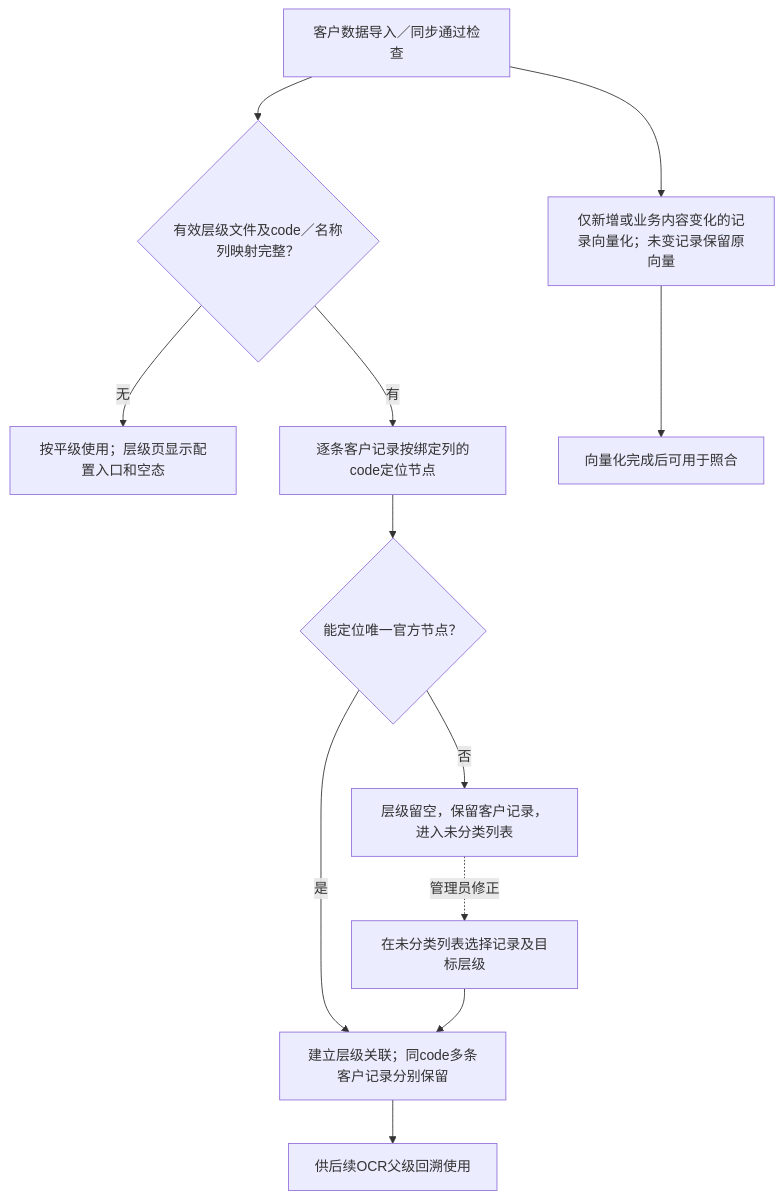
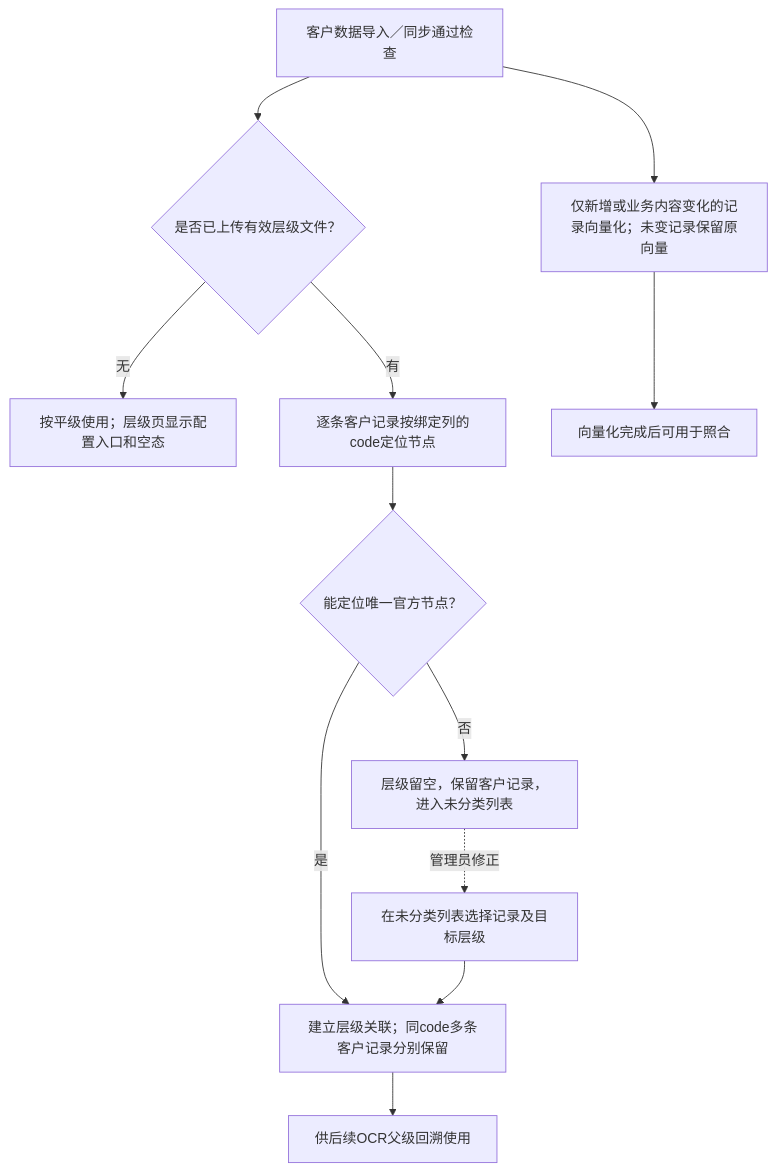
One commit to aruirage/IDP-Ph3-Demo-PRD changed the third of 5 diagrams in PRD.zh-CN.md. Above: the diagram before and after it, drawn with Mermaid. The commit also changed other lines of this file and 2 other files, not shown here.

````diff
--- a/PRD.zh-CN.md
+++ b/PRD.zh-CN.md
@@ -374,14 +374,14 @@
 ```mermaid
 flowchart TD
     I0["客户数据导入／同步通过检查"] --> IV["仅新增或业务内容变化的记录向量化；未变记录保留原向量"]
-    I0 --> I1{"有效层级文件及code／名称列映射完整？"}
+    I0 --> I1{"是否已上传有效层级文件？"}
     I1 -->|无| IP["按平级使用；层级页显示配置入口和空态"]
     I1 -->|有| I2["逐条客户记录按绑定列的code定位节点"]
     I2 --> I3{"能定位唯一官方节点？"}
     I3 -->|是| IA["建立层级关联；同code多条客户记录分别保留"]
     I3 -->|否| IF["层级留空，保留客户记录，进入未分类列表"]
     IF -.->|管理员修正| IE["在未分类列表选择记录及目标层级"]
     IE --> IA
     IA --> IR["供后续OCR父级回溯使用"]
     IV --> IO["向量化完成后可用于照合"]
 ```
````
